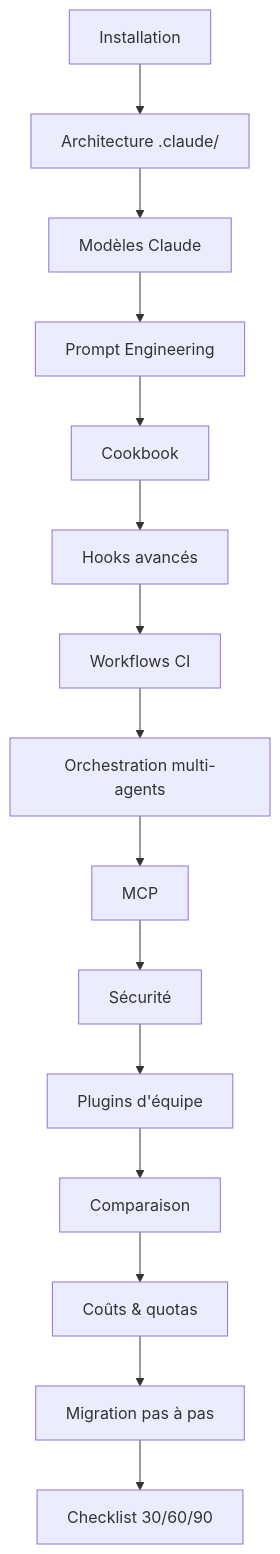
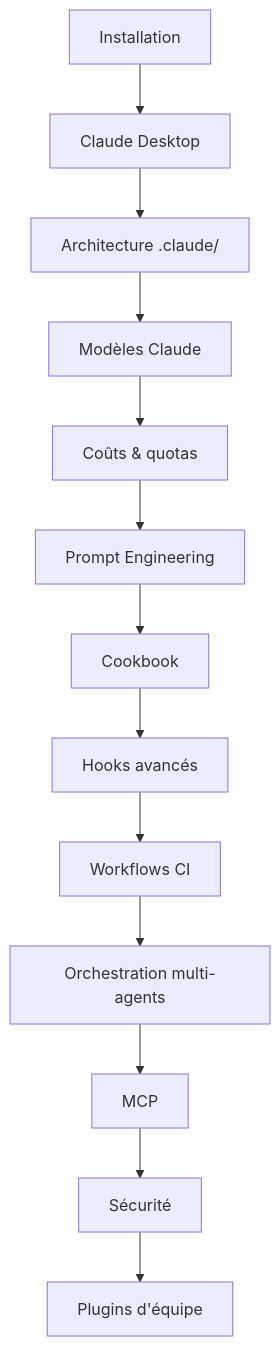
One commit to FTurleque/doc-utilisation-ia changed the diagram in docs/chapitre-3b-claude-code-migration-copilot/index.md. Above: the diagram before and after it, drawn with Mermaid. The commit also changed other lines of this file and 261 other files, not shown here.

````diff
--- a/docs/chapitre-3b-claude-code-migration-copilot/index.md
+++ b/docs/chapitre-3b-claude-code-migration-copilot/index.md
@@ -112,17 +101,15 @@
 ```mermaid
 graph TD
-    I["Installation"] --> A["Architecture .claude/"]
+    I["Installation"] --> D["Claude Desktop"]
+    D --> A["Architecture .claude/"]
     A --> MOD["Modèles Claude"]
-    MOD --> P["Prompt Engineering"]
+    MOD --> CO["Coûts & quotas"]
+    CO --> P["Prompt Engineering"]
     P --> CK["Cookbook"]
     CK --> HK["Hooks avancés"]
     HK --> CI["Workflows CI"]
     CI --> ORCH["Orchestration multi-agents"]
     ORCH --> MCP["MCP"]
     MCP --> SEC["Sécurité"]
     SEC --> PL["Plugins d'équipe"]
-    PL --> C["Comparaison"]
-    C --> CO["Coûts & quotas"]
-    CO --> M["Migration pas à pas"]
-    M --> J["Checklist 30/60/90"]
 ```
````
